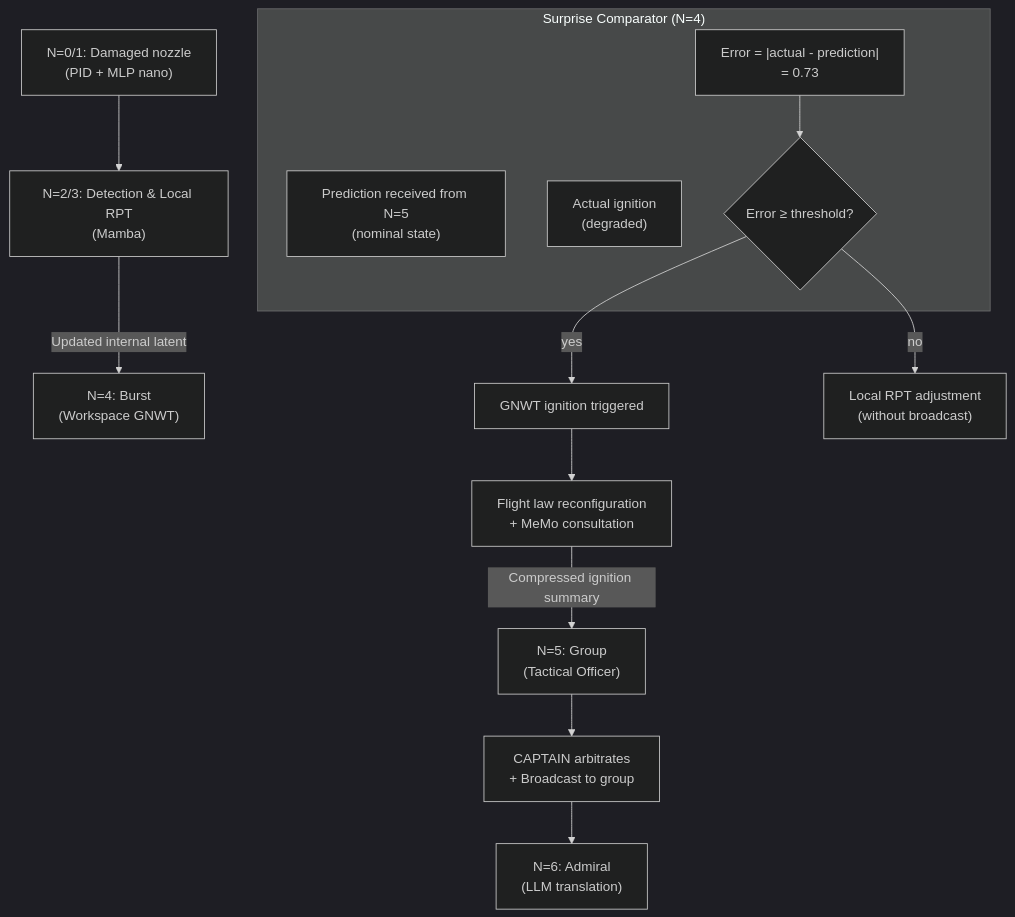
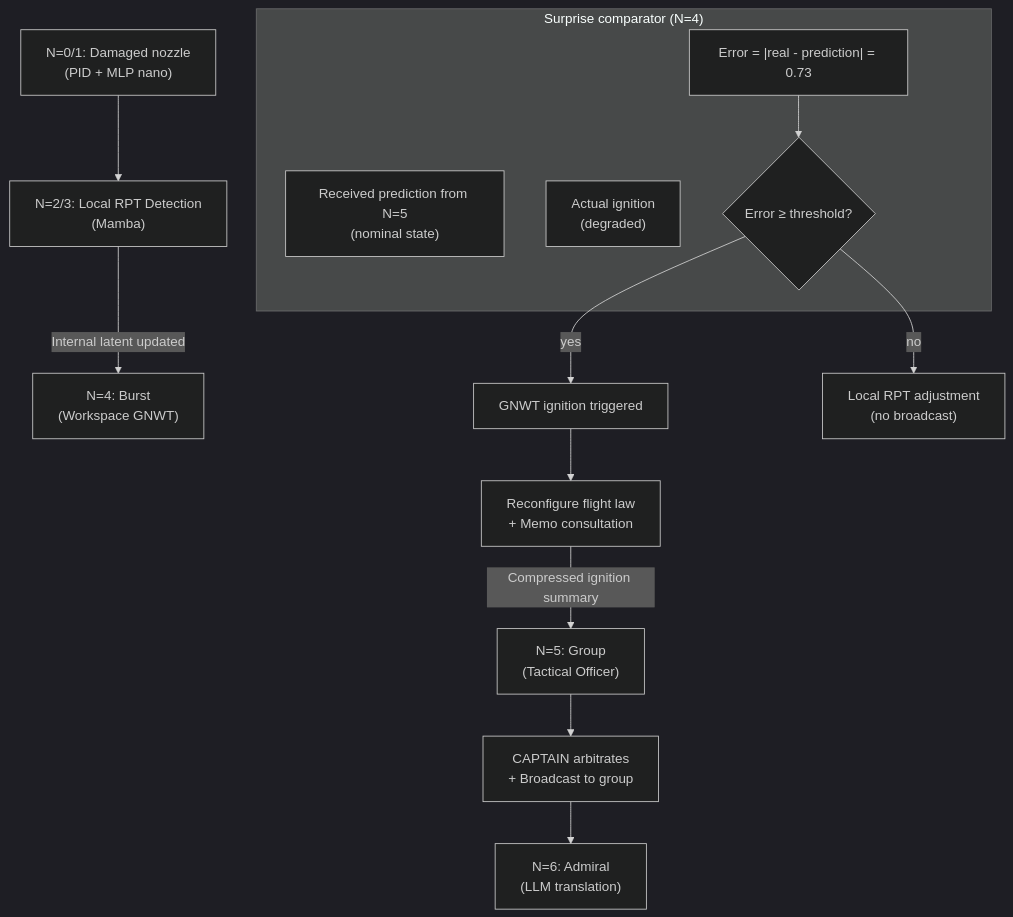
Before and after one commit to AlainCo/GNWT-Garrigue-X-en: the seventh of 9 diagrams in architecture/architecture.md, drawn with Mermaid (dark theme). The commit also changed other lines of this file and 10 other files, not shown here.

````diff
--- a/architecture/architecture.md
+++ b/architecture/architecture.md
@@ -133,23 +133,22 @@
 ```mermaid
 flowchart TD
-    A["N=0/1: Damaged nozzle\n(PID + MLP nano)"] 
-    --> B["N=2/3: Detection & Local RPT\n(Mamba)"]
+    A["N=0/1: Damaged nozzle\n(PID + MLP nano)"] --> B["N=2/3: Local RPT Detection\n(Mamba)"]
 
-    B -->|"Updated internal latent"| C["N=4: Burst\n(Workspace GNWT)"]
+    B -->|"Internal latent updated"| C["N=4: Burst\n(Workspace GNWT)"]
 
-    subgraph Comparator ["Surprise Comparator (N=4)"]
-        D1["Prediction received from N=5\n(nominal state)"]
+    subgraph Comparator ["Surprise comparator (N=4)"]
+        D1["Received prediction from N=5\n(nominal state)"]
         D2["Actual ignition\n(degraded)"]
-        D3["Error = |actual - prediction|\n= 0.73"]
+        D3["Error = |real - prediction| = 0.73"]
         D4{Error ≥ threshold?}
     end
 
     D3 --> D4
     D4 -->|yes| E["GNWT ignition triggered"]
-    D4 -->|no| F["Local RPT adjustment\n(without broadcast)"]
+    D4 -->|no| F["Local RPT adjustment\n(no broadcast)"]
 
-    E --> G["Flight law reconfiguration\n+ MeMo consultation"]
+    E --> G["Reconfigure flight law\n+ Memo consultation"]
     G -->|"Compressed ignition summary"| H["N=5: Group\n(Tactical Officer)"]
     H --> I["CAPTAIN arbitrates\n+ Broadcast to group"]
     I --> J["N=6: Admiral\n(LLM translation)"]
 ```
````
